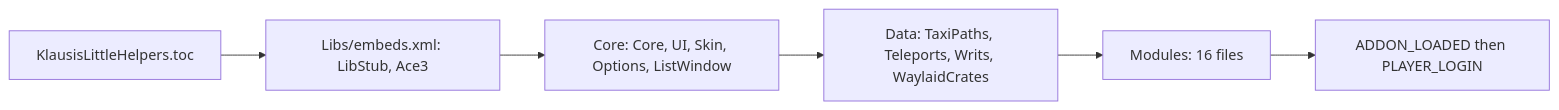
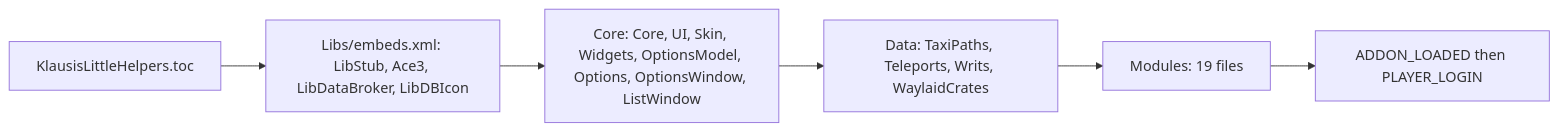
One commit to lkshrk/KlausisLittleHelpers changed the second of 3 diagrams in docs/2. Architecture Overview.md. Above: the diagram before and after it, drawn with Mermaid. The commit also changed other lines of this file and 65 other files, not shown here.

````diff
--- a/docs/2. Architecture Overview.md
+++ b/docs/2. Architecture Overview.md
@@ -36,8 +36,8 @@
 ```mermaid
 graph LR
-    TOC["KlausisLittleHelpers.toc"] --> Libs["Libs/embeds.xml: LibStub, Ace3"]
-    Libs --> Core["Core: Core, UI, Skin, Options, ListWindow"]
+    TOC["KlausisLittleHelpers.toc"] --> Libs["Libs/embeds.xml: LibStub, Ace3, LibDataBroker, LibDBIcon"]
+    Libs --> Core["Core: Core, UI, Skin, Widgets, OptionsModel, Options, OptionsWindow, ListWindow"]
     Core --> Data["Data: TaxiPaths, Teleports, Writs, WaylaidCrates"]
-    Data --> Modules["Modules: 16 files"]
+    Data --> Modules["Modules: 19 files"]
     Modules --> Login["ADDON_LOADED then PLAYER_LOGIN"]
 ```
````
